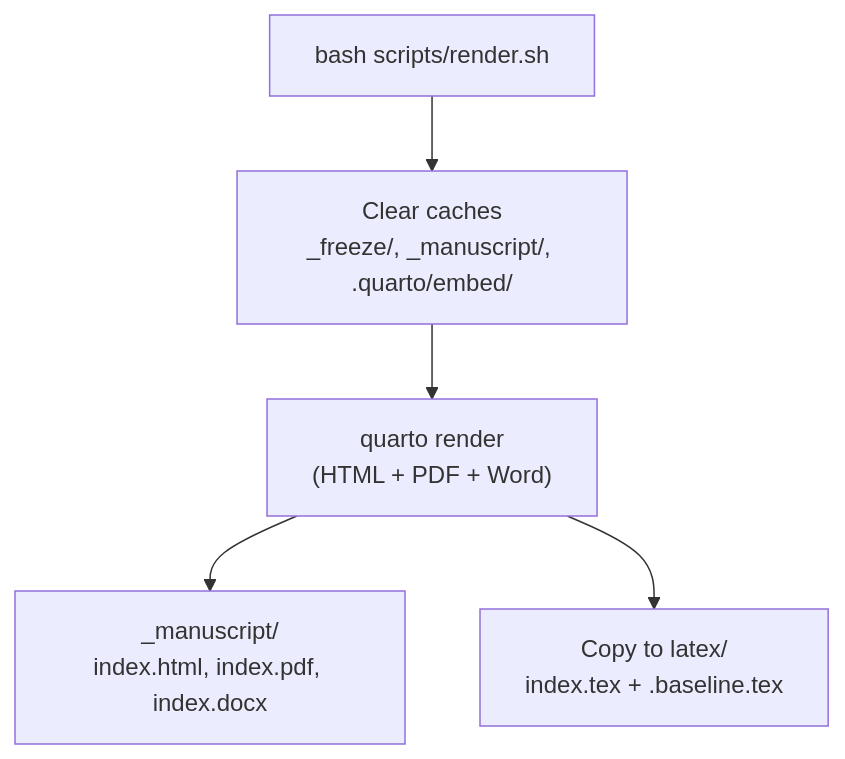
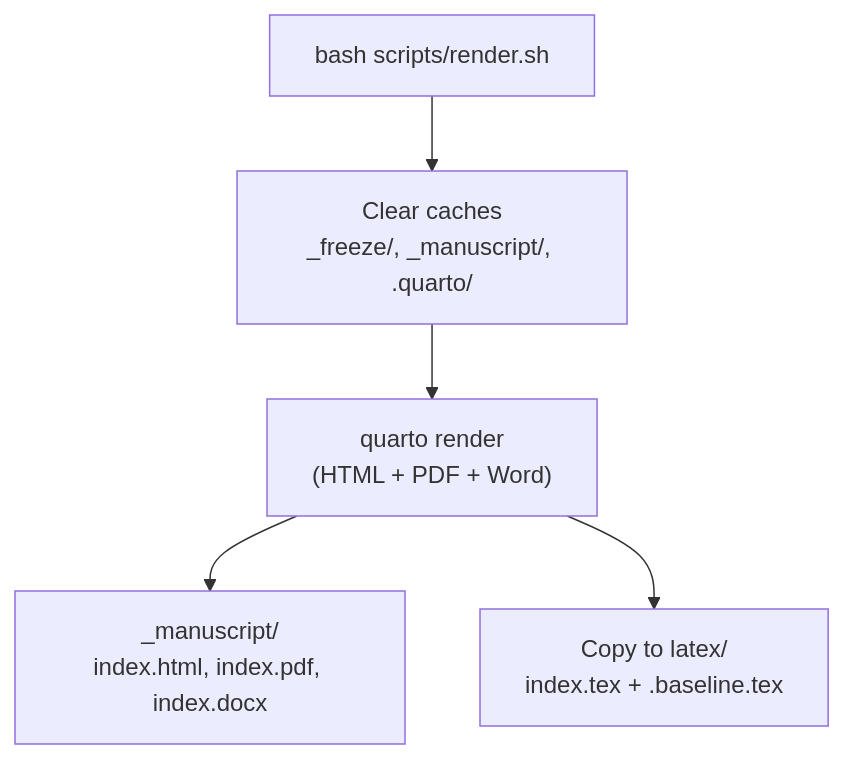
The second of 4 diagrams in README.md (quarcs-lab/project20XXy), drawn with Mermaid before and after one commit. The commit also changed other lines of this file and 26 other files, not shown here.

````diff
--- a/README.md
+++ b/README.md
@@ -229,7 +236,7 @@
 ```mermaid
 flowchart TD
-    A["bash scripts/render.sh"] --> B["Clear caches<br/>_freeze/, _manuscript/, .quarto/embed/"]
+    A["bash scripts/render.sh"] --> B["Clear caches<br/>_freeze/, _manuscript/, .quarto/"]
     B --> C["quarto render<br/>(HTML + PDF + Word)"]
     C --> D["_manuscript/<br/>index.html, index.pdf, index.docx"]
     C --> E["Copy to latex/<br/>index.tex + .baseline.tex"]
 ```
````
